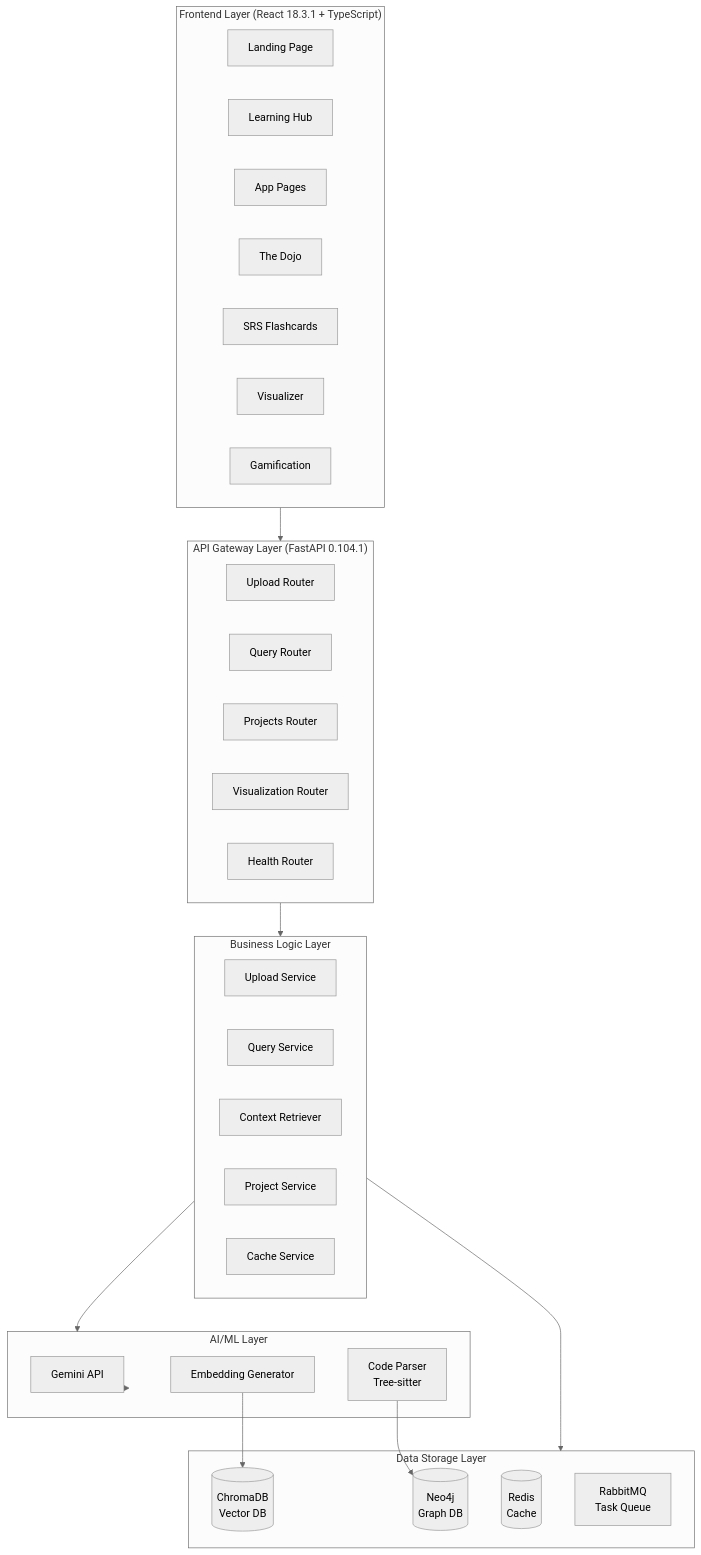
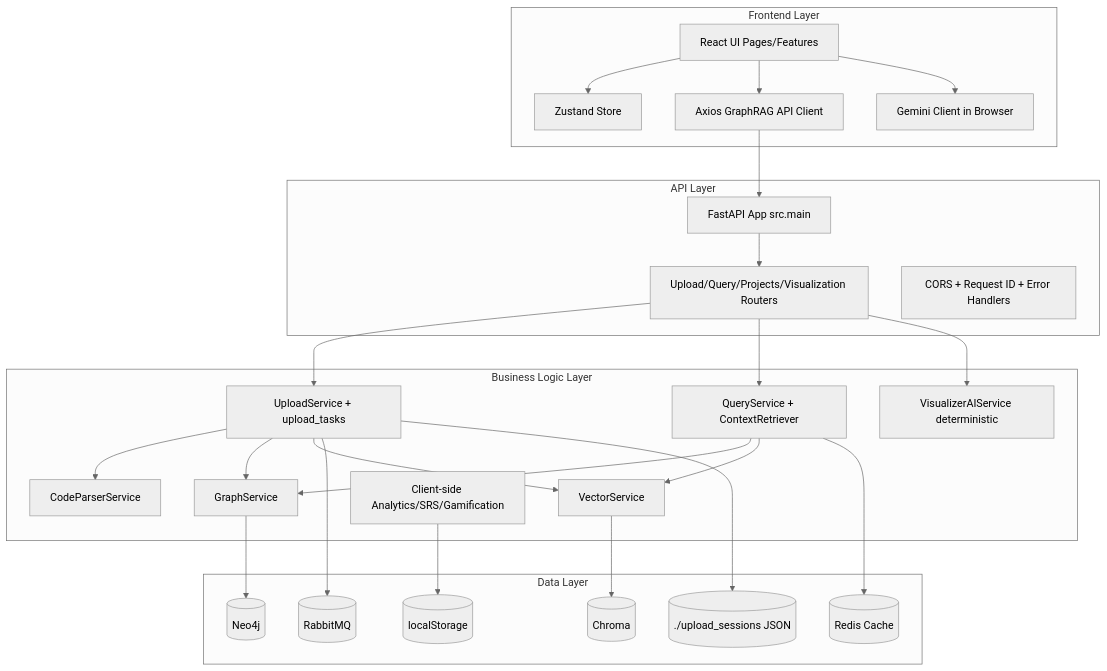
One commit to Ishan-K9868/socraticDev-final changed the first of 7 diagrams in README.md. Above: the diagram before and after it, drawn with Mermaid (neutral theme). The commit also changed other lines of this file, not shown here.

````diff
--- a/README.md
+++ b/README.md
@@ -226,49 +150,54 @@
 ```mermaid
 flowchart TB
-    subgraph Frontend["Frontend Layer (React 18.3.1 + TypeScript)"]
-        LP[Landing Page]
-        LH[Learning Hub]
-        APP[App Pages]
-        DOJO[The Dojo]
-        SRS[SRS Flashcards]
-        VIZ[Visualizer]
-        GAM[Gamification]
+    subgraph FE[Frontend Layer]
+      UI[React UI Pages/Features]
+      STORE[Zustand Store]
+      CHAT[Gemini Client in Browser]
+      API_CLIENT[Axios GraphRAG API Client]
     end
 
-    subgraph API["API Gateway Layer (FastAPI 0.104.1)"]
-        UPLOAD[Upload Router]
-        QUERY[Query Router]
-        PROJ[Projects Router]
-        VISUAL[Visualization Router]
-        HEALTH[Health Router]
+    subgraph API[API Layer]
+      FASTAPI[FastAPI App src.main]
+      ROUTERS[Upload/Query/Projects/Visualization Routers]
+      MIDDLEWARE[CORS + Request ID + Error Handlers]
     end
 
-    subgraph Business["Business Logic Layer"]
-        US[Upload Service]
-        QS[Query Service]
-        CS[Context Retriever]
-        PS[Project Service]
-        CACHE[Cache Service]
+    subgraph BL[Business Logic Layer]
+      UPLOAD[UploadService + upload_tasks]
+      PARSER[CodeParserService]
+      QUERY[QueryService + ContextRetriever]
+      VIS[VisualizerAIService deterministic]
+      GRAPH[GraphService]
+      VECTOR[VectorService]
+      ANALYTICS[Client-side Analytics/SRS/Gamification]
     end
 
-    subgraph AI["AI/ML Layer"]
-        GEMINI[Gemini API]
-        EMBED[Embedding Generator]
-        PARSER[Code Parser<br/>Tree-sitter]
+    subgraph DATA[Data Layer]
+      NEO4J[(Neo4j)]
+      CHROMA[(Chroma)]
+      REDIS[(Redis Cache)]
+      RABBIT[(RabbitMQ)]
+      SESSION[(./upload_sessions JSON)]
+      LOCAL[(localStorage)]
     end
 
-    subgraph Data["Data Storage Layer"]
-        NEO4J[(Neo4j<br/>Graph DB)]
-        CHROMA[(ChromaDB<br/>Vector DB)]
-        REDIS[(Redis<br/>Cache)]
-        RABBIT[RabbitMQ<br/>Task Queue]
-    end
-
-    Frontend --> API
-    API --> Business
-    Business --> AI
-    Business --> Data
-    AI --> GEMINI
-    PARSER --> NEO4J
-    EMBED --> CHROMA
+    UI --> STORE
+    UI --> API_CLIENT
+    UI --> CHAT
+    API_CLIENT --> FASTAPI
+    FASTAPI --> ROUTERS
+    ROUTERS --> UPLOAD
+    ROUTERS --> QUERY
+    ROUTERS --> VIS
+    UPLOAD --> PARSER
+    UPLOAD --> GRAPH
+    UPLOAD --> VECTOR
+    UPLOAD --> RABBIT
+    QUERY --> GRAPH
+    QUERY --> VECTOR
+    QUERY --> REDIS
+    GRAPH --> NEO4J
+    VECTOR --> CHROMA
+    UPLOAD --> SESSION
+    ANALYTICS --> LOCAL
 ```
````
